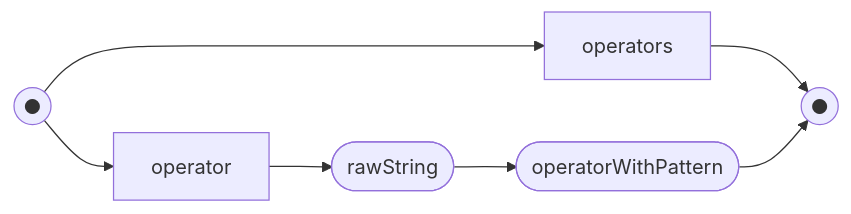
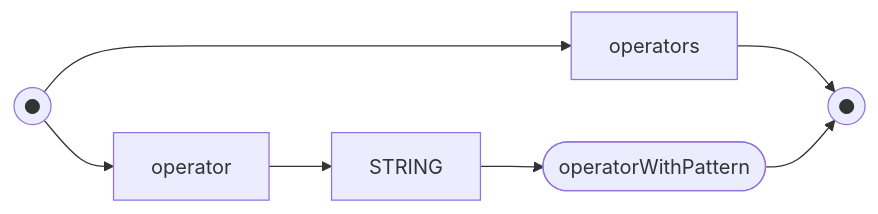
One commit to billhails/CEKF changed diagram 35 of 59 in docs/railroad.md. Above: the diagram before and after it, drawn with Mermaid. The commit also changed other lines of this file, not shown here.

````diff
--- a/docs/railroad.md
+++ b/docs/railroad.md
@@ -507,7 +543,7 @@
 ```mermaid
 flowchart LR
 s(("●"))
 e(("●"))
 s --> operators --> e
-s --> operator --> str([rawString]) --> owp([operatorWithPattern]) --> e
+s --> operator --> STRING --> owp([operatorWithPattern]) --> e
 ```
````
